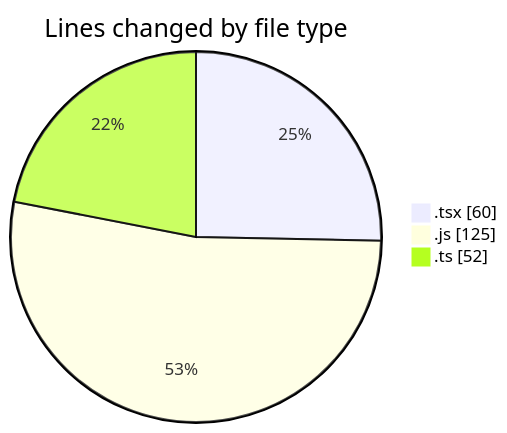
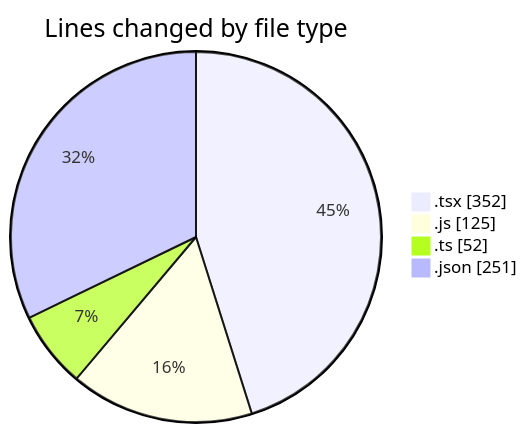
Before and after one commit to momahboobian/code-tracking: the first of 2 diagrams in 2026-04-17/cda/README.md, drawn with Mermaid. The commit also changed other lines of this file and 1 other file, not shown here.

````diff
--- a/2026-04-17/cda/README.md
+++ b/2026-04-17/cda/README.md
@@ -27,7 +31,8 @@
 ```mermaid
 pie showData
 title Lines changed by file type
-".tsx" : 60
+".tsx" : 352
 ".js" : 125
 ".ts" : 52
+".json" : 251
 ```
````
